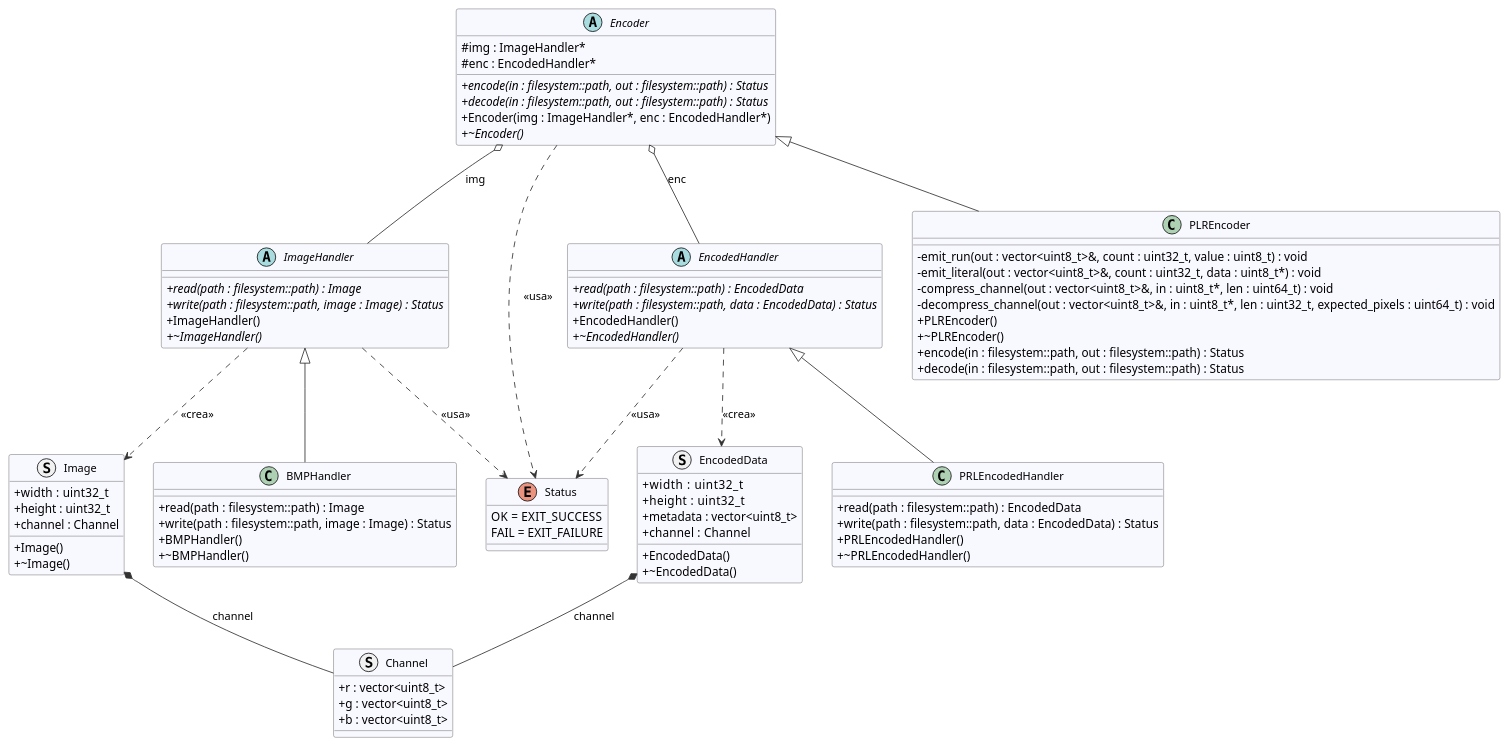
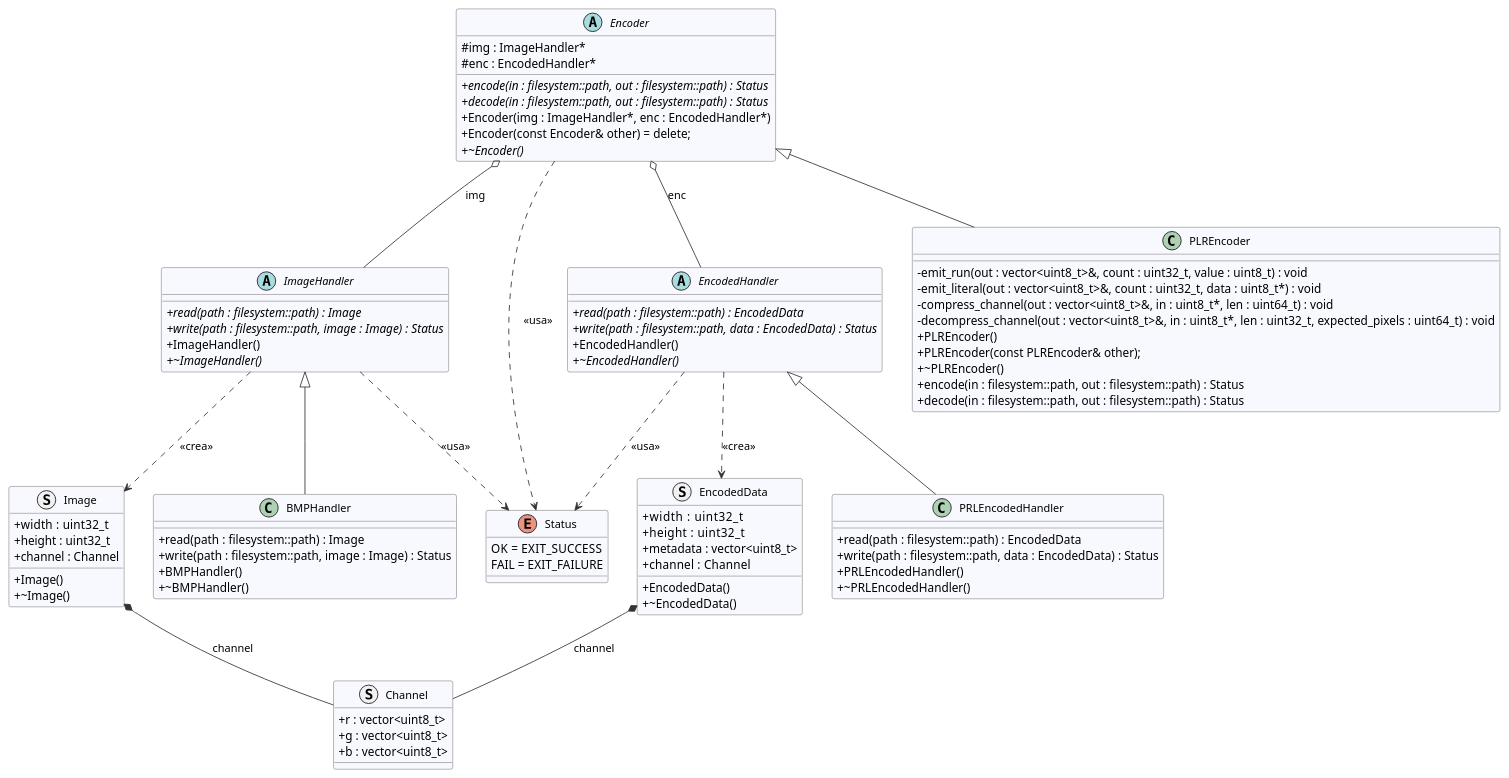
Before and after one commit to enmariotti/rle-2026-enmariotti: the diagram in informe/prle_uml.puml, drawn with PlantUML. The commit also changed 2 other files, not shown here.

```diff
--- a/informe/prle_uml.puml
+++ b/informe/prle_uml.puml
@@ -1,109 +1,111 @@
 @startuml rle_class_diagram
 
 skinparam classAttributeIconSize 0
 skinparam classFontSize 13
 skinparam classBackgroundColor #F8F8FF
 skinparam classBorderColor #555555
 skinparam arrowColor #333333
 skinparam shadowing false
 
 ' ─── Enums ───────────────────────────────────────────────
 enum Status {
     OK  = EXIT_SUCCESS
     FAIL = EXIT_FAILURE
 }
 
 ' ─── Data structures ─────────────────────────────────────
 struct Channel {
     + r : vector<uint8_t>
     + g : vector<uint8_t>
     + b : vector<uint8_t>
 }
 
 struct Image {
     + width  : uint32_t
     + height : uint32_t
     + channel : Channel
     + Image()
     + ~Image()
 }
 
 struct EncodedData {
     + width    : uint32_t
     + height   : uint32_t
     + metadata : vector<uint8_t>
     + channel  : Channel
     + EncodedData()
     + ~EncodedData()
 }
 
 ' ─── Abstract base classes ────────────────────────────────
 abstract class ImageHandler {
     + {abstract} read(path : filesystem::path) : Image
     + {abstract} write(path : filesystem::path, image : Image) : Status
     + ImageHandler()
     + {abstract} ~ImageHandler()
 }
 
 abstract class EncodedHandler {
     + {abstract} read(path : filesystem::path) : EncodedData
     + {abstract} write(path : filesystem::path, data : EncodedData) : Status
     + EncodedHandler()
     + {abstract} ~EncodedHandler()
 }
 
 abstract class Encoder {
     # img : ImageHandler*
     # enc : EncodedHandler*
     + {abstract} encode(in : filesystem::path, out : filesystem::path) : Status
     + {abstract} decode(in : filesystem::path, out : filesystem::path) : Status
     + Encoder(img : ImageHandler*, enc : EncodedHandler*)
+    + Encoder(const Encoder& other) = delete;
     + {abstract} ~Encoder()
 }
 
 ' ─── Concrete classes ─────────────────────────────────────
 class BMPHandler {
     + read(path : filesystem::path) : Image
     + write(path : filesystem::path, image : Image) : Status
     + BMPHandler()
     + ~BMPHandler()
 }
 
 class PRLEncodedHandler {
     + read(path : filesystem::path) : EncodedData
     + write(path : filesystem::path, data : EncodedData) : Status
     + PRLEncodedHandler()
     + ~PRLEncodedHandler()
 }
 
 class PLREncoder {
     - emit_run(out : vector<uint8_t>&, count : uint32_t, value : uint8_t) : void
     - emit_literal(out : vector<uint8_t>&, count : uint32_t, data : uint8_t*) : void
     - compress_channel(out : vector<uint8_t>&, in : uint8_t*, len : uint64_t) : void
     - decompress_channel(out : vector<uint8_t>&, in : uint8_t*, len : uint32_t, expected_pixels : uint64_t) : void
     + PLREncoder()
+    + PLREncoder(const PLREncoder& other);
     + ~PLREncoder()
     + encode(in : filesystem::path, out : filesystem::path) : Status
     + decode(in : filesystem::path, out : filesystem::path) : Status
 }
 
 ' ─── Inheritance ─────────────────────────────────────────
 ImageHandler    <|-- BMPHandler
 EncodedHandler  <|-- PRLEncodedHandler
 Encoder         <|-- PLREncoder
 
 ' ─── Composition / Aggregation ───────────────────────────
 Image       *-- Channel       : channel
 EncodedData *-- Channel       : channel
 
 Encoder     o-- ImageHandler  : img
 Encoder     o-- EncodedHandler : enc
 
 ' ─── Dependencies (return types / parameters) ────────────
 ImageHandler  ..> Image        : <<crea>>
 ImageHandler  ..> Status       : <<usa>>
 EncodedHandler ..> EncodedData : <<crea>>
 EncodedHandler ..> Status      : <<usa>>
 Encoder        ..> Status      : <<usa>>
 
 @enduml
```
